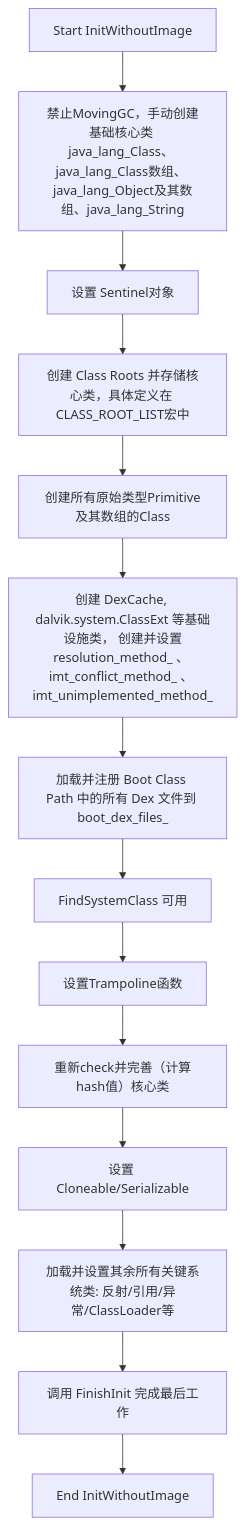
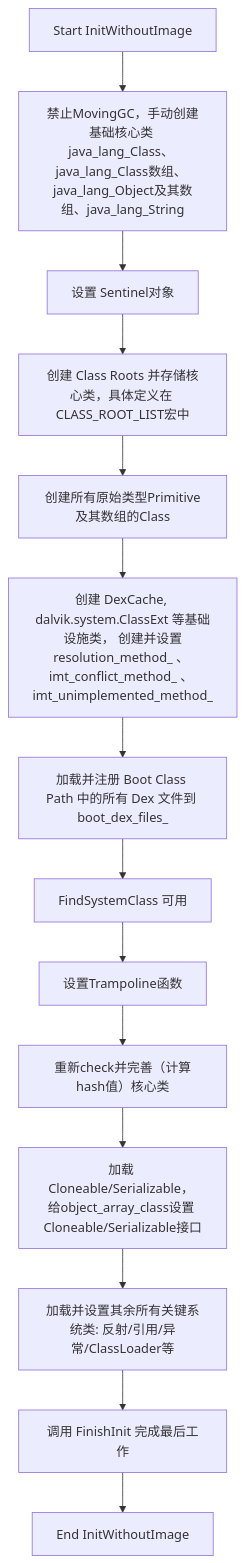
The fourth of 9 diagrams in aosp/AndroidRuntime/ClassLinker.md (comsoftWHU/comsoftwhu.github.io), drawn with Mermaid before and after one commit. The commit also changed other lines of this file, not shown here.

````diff
--- a/aosp/AndroidRuntime/ClassLinker.md
+++ b/aosp/AndroidRuntime/ClassLinker.md
@@ -219,17 +424,17 @@
 ```mermaid
 graph TD
     A[Start InitWithoutImage] --> B[禁止MovingGC，手动创建基础核心类 java_lang_Class、 java_lang_Class数组、 java_lang_Object及其数组、java_lang_String];
     B --> C[设置 Sentinel对象 ];
     C --> D[创建 Class Roots 并存储核心类，具体定义在 CLASS_ROOT_LIST宏中 ];
     D --> E[创建所有原始类型Primitive及其数组的Class];
     E --> F[创建 DexCache, dalvik.system.ClassExt 等基础设施类， 创建并设置resolution_method_ 、 imt_conflict_method_ 、 imt_unimplemented_method_];
     F --> G[加载并注册 Boot Class Path 中的所有 Dex 文件到 boot_dex_files_];
     G --> H[FindSystemClass 可用];
     H --> HA[设置Trampoline函数];
     HA --> I[重新check并完善（计算hash值）核心类];
-    I --> J[设置 Cloneable/Serializable];
+    I --> J[加载 Cloneable/Serializable， 给object_array_class设置 Cloneable/Serializable接口];
     J --> K[加载并设置其余所有关键系统类: 反射/引用/异常/ClassLoader等];
     K --> L[调用 FinishInit 完成最后工作];
     L --> M[End InitWithoutImage];
 
 ```
````
